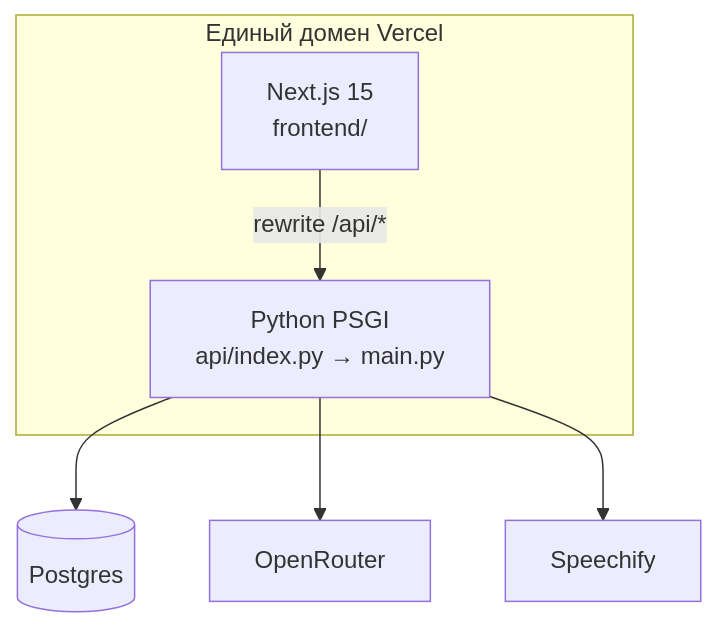
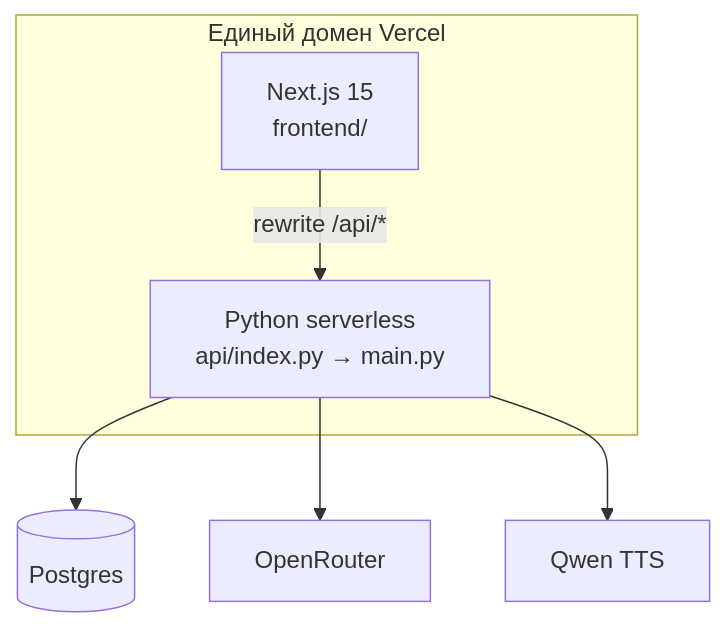
One commit to grrraaaa/mvp changed the second of 5 diagrams in docs/ARCHITECTURE.md. Above: the diagram before and after it, drawn with Mermaid. The commit also changed other lines of this file and 56 other files, not shown here.

````diff
--- a/docs/ARCHITECTURE.md
+++ b/docs/ARCHITECTURE.md
@@ -39,12 +39,12 @@
 ```mermaid
 flowchart TB
     subgraph VERCEL["Единый домен Vercel"]
         FE["Next.js 15<br/>frontend/"]
-        PPI["Python PSGI<br/>api/index.py → main.py"]
+        PY["Python serverless<br/>api/index.py → main.py"]
     end
 
-    FE -->|rewrite /api/*| PPI
-    PPI --> DB[(Postgres)]
-    PPI --> OR[OpenRouter]
-    PPI --> SP[Speechify]
+    FE -->|rewrite /api/*| PY
+    PY --> DB[(Postgres)]
+    PY --> OR[OpenRouter]
+    PY --> QW[Qwen TTS]
 ```
````
